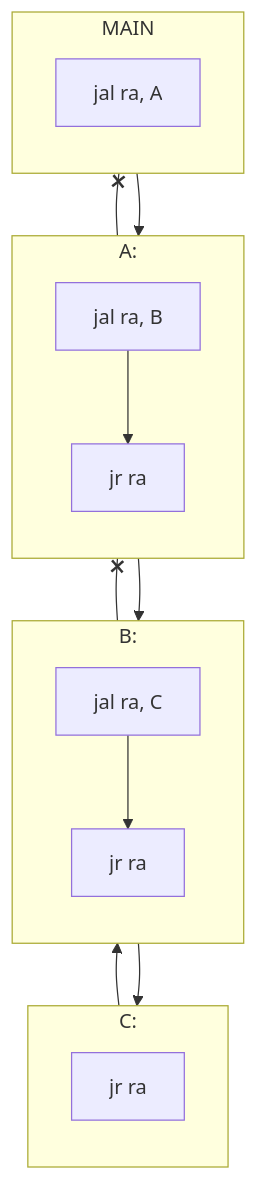
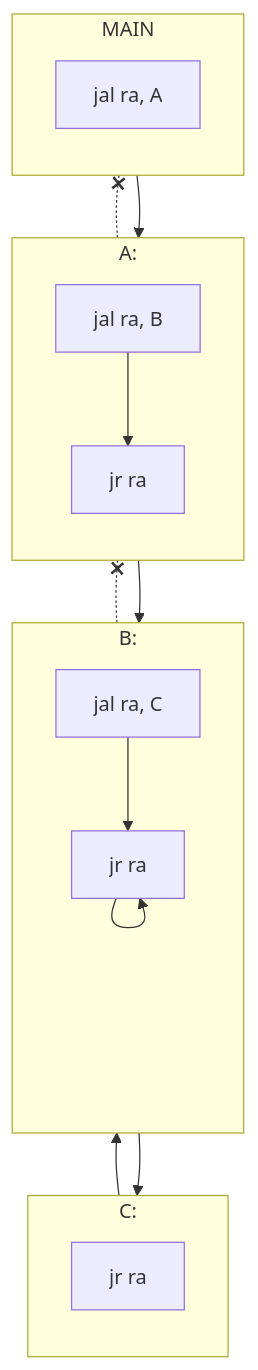
Before and after one commit to ErenKyojin/ACSO-polimi: the first of 2 diagrams in Sottoprogrammi.md, drawn with Mermaid. The commit also changed other lines of this file, not shown here.

````diff
--- a/Sottoprogrammi.md
+++ b/Sottoprogrammi.md
@@ -31,34 +31,35 @@
 ```mermaid
 flowchart BT
 	 subgraph MAIN
 	 direction TB
 	 C[jal ra, A]
 	 end
 	 C --> A:
 	 
 	 
 	 subgraph A:
 	 direction TB
 	 a1[jal ra, B]
 	 a2[jr ra]
 	 a1 --> a2
 	 end
 	 a1 --> B:
 	 
 	 
 	 subgraph B:
 	 direction TB
 	 b1[jal ra, C]
 	 b2[jr ra]
 	 b1 --> b2
 	 end
 	 b1 --> C:
 	
 	 subgraph C:
 	 direction TB
 	 c2[jr ra]
 	 end
 	 c2 --> B:
-	 b2 --x A:
-	 a2 --x MAIN
+	 b2 --> b2
+	 b2 -.-x A:
+	 a2 -.-x MAIN
 ```
````
